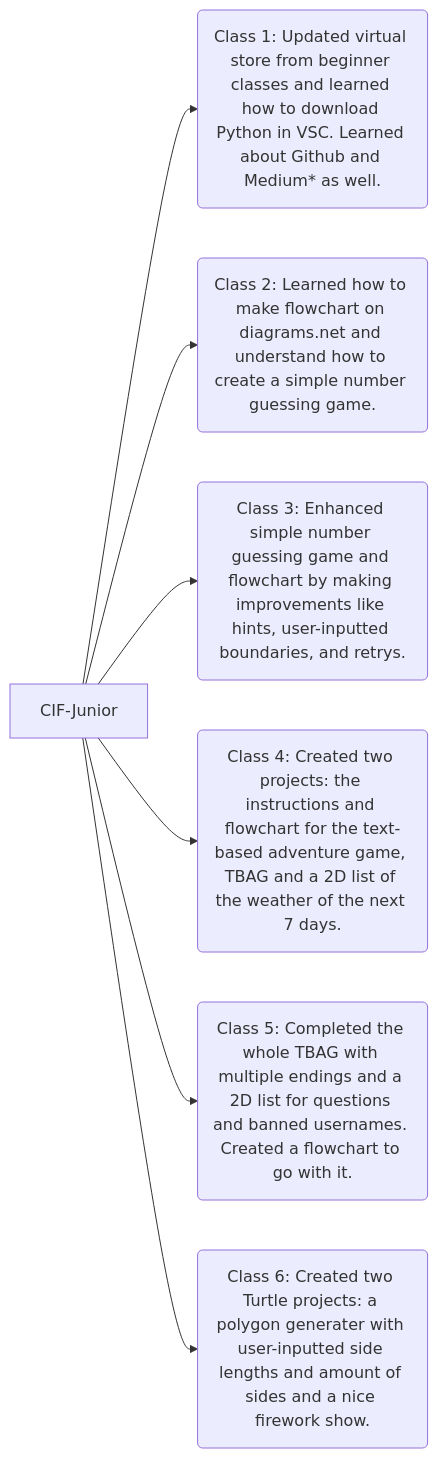
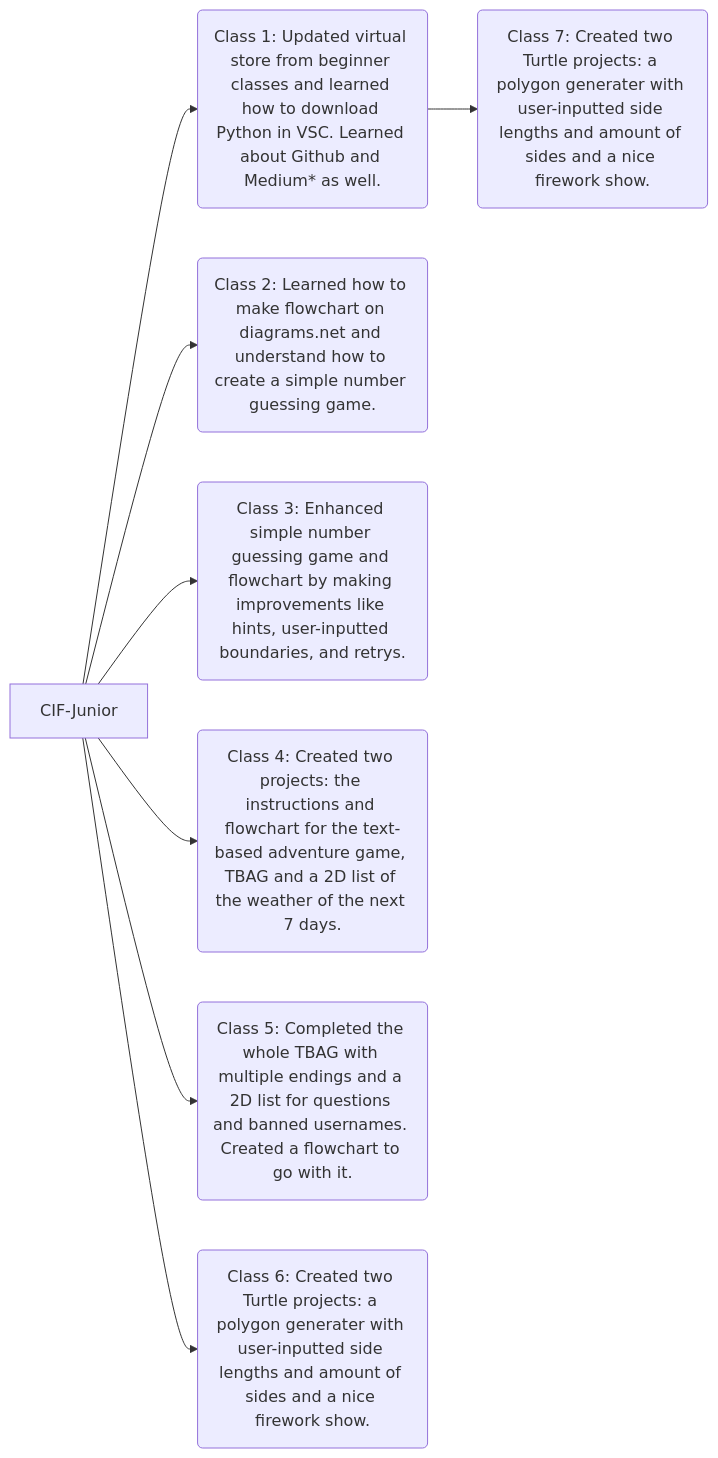
The diagram in README.md (deoclabber/CIF-Junior), drawn with Mermaid before and after one commit. The commit also changed other lines of this file, not shown here.

First line of the commit message:
Revise README with new project details and Turtle skills

````diff
--- a/README.md
+++ b/README.md
@@ -10,9 +10,10 @@
 ```mermaid
 graph LR;
   A[CIF-Junior] --> B(Class 1: Updated virtual store from beginner classes and learned how to download Python in VSC. Learned about Github and Medium* as well.);
   A --> C(Class 2: Learned how to make flowchart on diagrams.net and understand how to create a simple number guessing game.);
   A --> D(Class 3: Enhanced simple number guessing game and flowchart by making improvements like hints, user-inputted boundaries, and retrys.);
   A --> E(Class 4: Created two projects: the instructions and flowchart for the text-based adventure game, TBAG and a 2D list of the weather of the next 7 days.);
   A --> F(Class 5: Completed the whole TBAG with multiple endings and a 2D list for questions and banned usernames. Created a flowchart to go with it.);
   A --> G(Class 6: Created two Turtle projects: a polygon generater with user-inputted side lengths and amount of sides and a nice firework show.);
+  B--> H(Class 7: Created two Turtle projects: a polygon generater with user-inputted side lengths and amount of sides and a nice firework show.);
 ```
````
